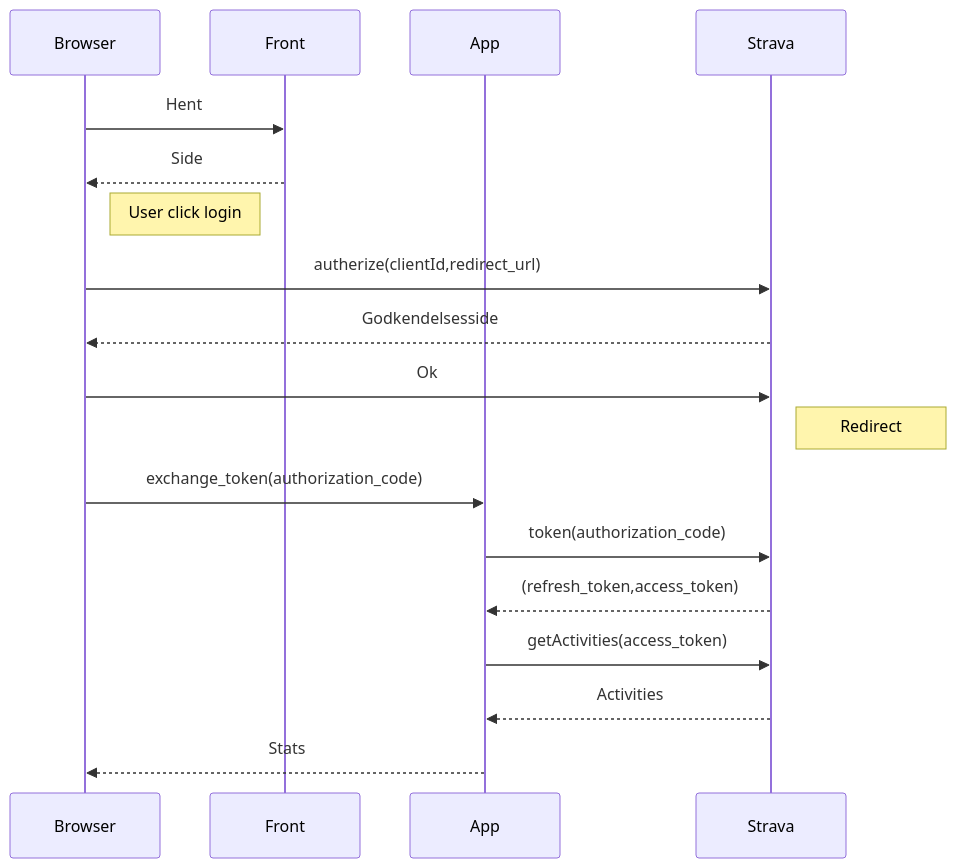
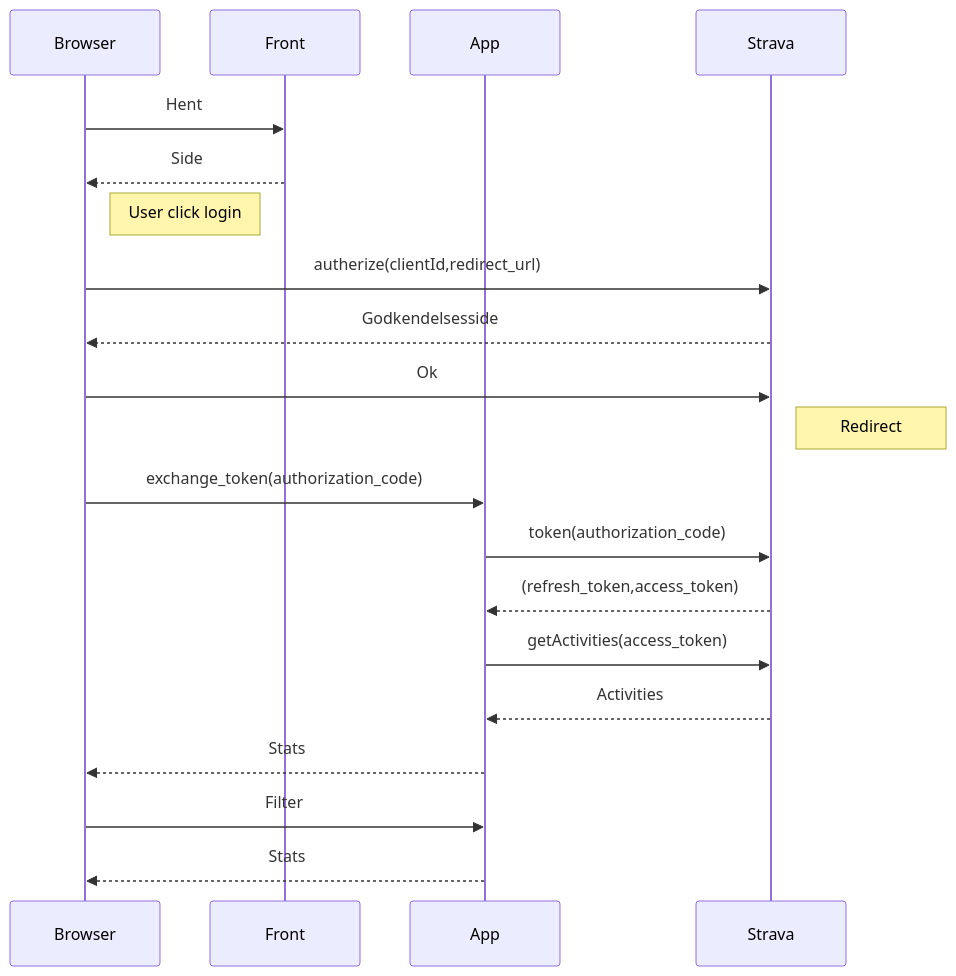
One commit to avzdk/stravastats changed the second of 2 diagrams in README.md. Above: the diagram before and after it, drawn with Mermaid.

Commit message:
FIlter på sequencediagram

````diff
--- a/README.md
+++ b/README.md
@@ -34,20 +34,22 @@
 ```mermaid
 sequenceDiagram
     participant Browser
     participant Front
     participant App
     participant Strava
     Browser->>Front: Hent
     Front-->> Browser : Side
     Note right of Browser: User click login
     Browser->>Strava : autherize(clientId,redirect_url)
     Strava-->> Browser : Godkendelsesside
     Browser->>Strava : Ok
     Note right of Strava: Redirect
     Browser ->> App : exchange_token(authorization_code)
     App->>Strava: token(authorization_code)
     Strava-->>App: (refresh_token,access_token)
     App->>Strava : getActivities(access_token)
     Strava-->>App : Activities
     App-->>Browser : Stats
+    Browser->>App : Filter
+    App-->>Browser : Stats
 ```
````
